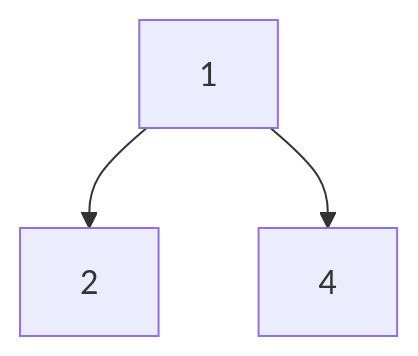
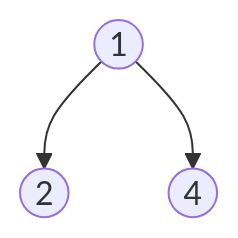
The fourth of 39 diagrams in cst/6binnode/Ex6a4binnode.md (3strategy/BeautifulMivney), drawn with Mermaid before and after one commit. The commit also changed other lines of this file and 3 other files, not shown here.

````diff
--- a/cst/6binnode/Ex6a4binnode.md
+++ b/cst/6binnode/Ex6a4binnode.md
@@ -63,5 +63,5 @@
     ```mermaid
     flowchart TB
-      D[1] --> E[2]:::leaf
-      D --> F[4]:::leaf
+      D((1)) --> E((2)):::leaf
+      D --> F((4)):::leaf
     ```
````
